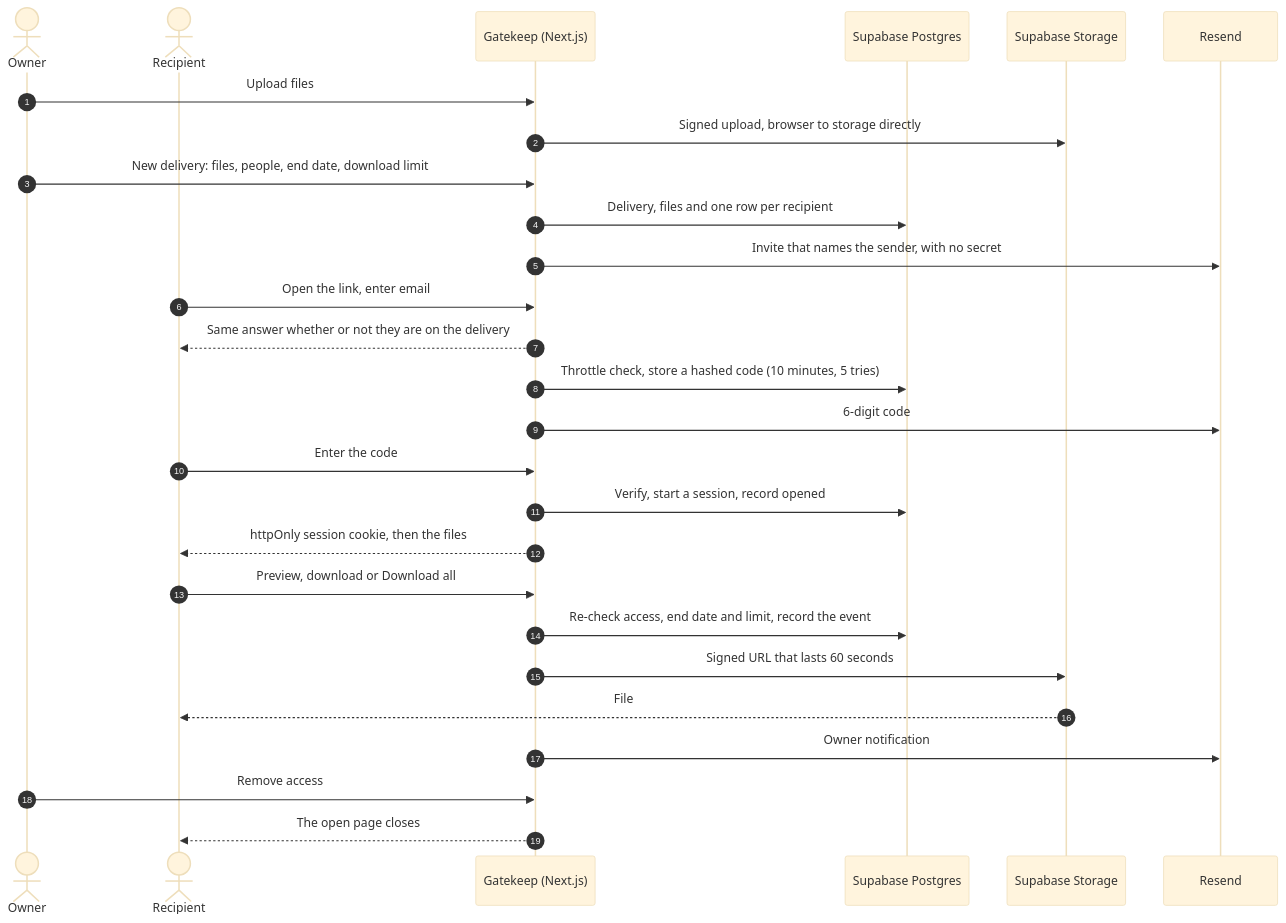
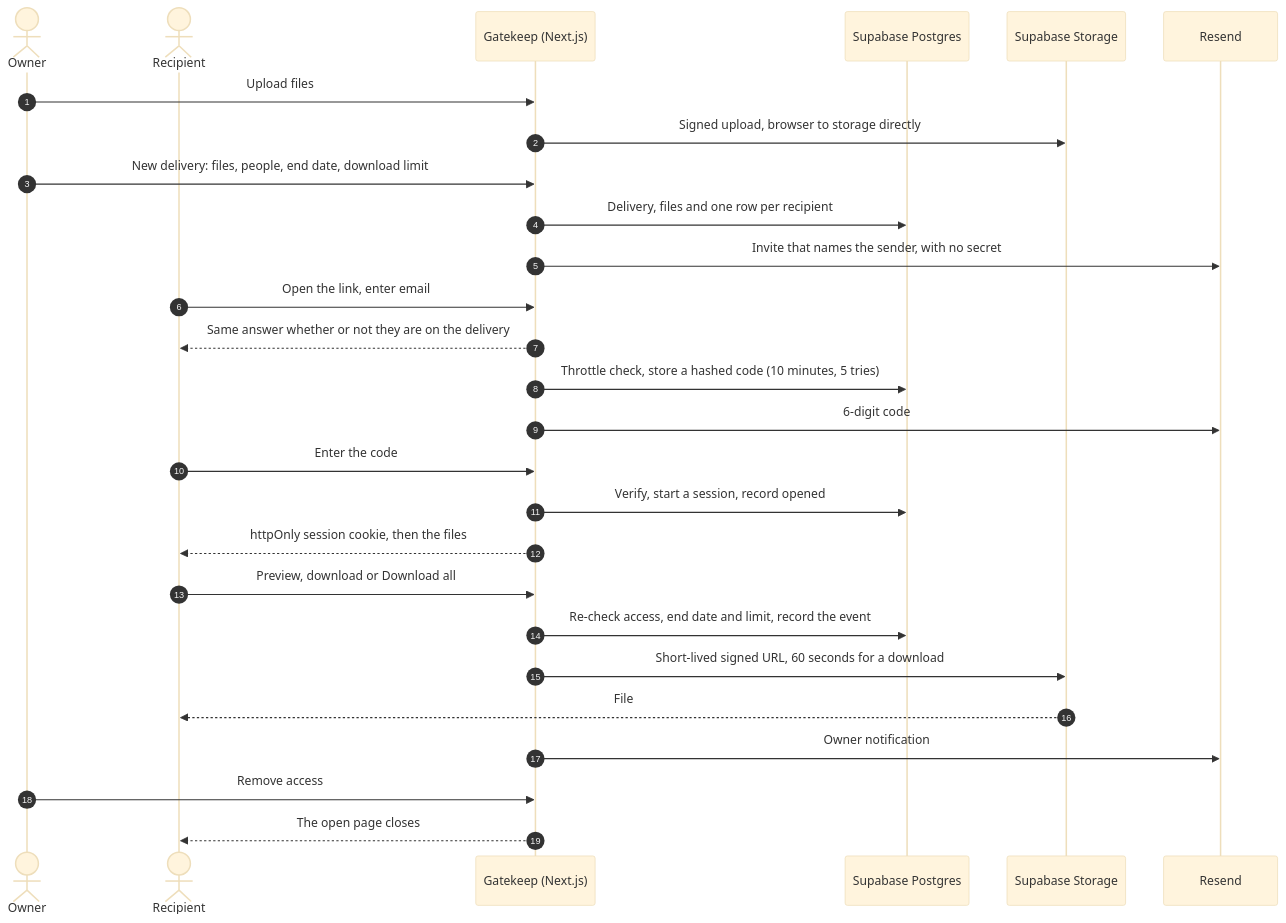
The diagram in README.md (omsingh02/gatekeep), drawn with Mermaid (base theme) before and after one commit. The commit also changed other lines of this file and 2 other files, not shown here.

Commit message:
After merging v2: changelog entry under 2.0.0, signed URL lifetimes and the 1.x upgrade steps in README and on the product page

````diff
--- a/README.md
+++ b/README.md
@@ -171,30 +172,30 @@
 ```mermaid
 sequenceDiagram
     autonumber
     actor Owner
     actor Recipient
     participant App as Gatekeep (Next.js)
     participant DB as Supabase Postgres
     participant Files as Supabase Storage
     participant Mail as Resend
 
     Owner->>App: Upload files
     App->>Files: Signed upload, browser to storage directly
     Owner->>App: New delivery: files, people, end date, download limit
     App->>DB: Delivery, files and one row per recipient
     App->>Mail: Invite that names the sender, with no secret
     Recipient->>App: Open the link, enter email
     App-->>Recipient: Same answer whether or not they are on the delivery
     App->>DB: Throttle check, store a hashed code (10 minutes, 5 tries)
     App->>Mail: 6-digit code
     Recipient->>App: Enter the code
     App->>DB: Verify, start a session, record opened
     App-->>Recipient: httpOnly session cookie, then the files
     Recipient->>App: Preview, download or Download all
     App->>DB: Re-check access, end date and limit, record the event
-    App->>Files: Signed URL that lasts 60 seconds
+    App->>Files: Short-lived signed URL, 60 seconds for a download
     Files-->>Recipient: File
     App->>Mail: Owner notification
     Owner->>App: Remove access
     App-->>Recipient: The open page closes
 ```
````
